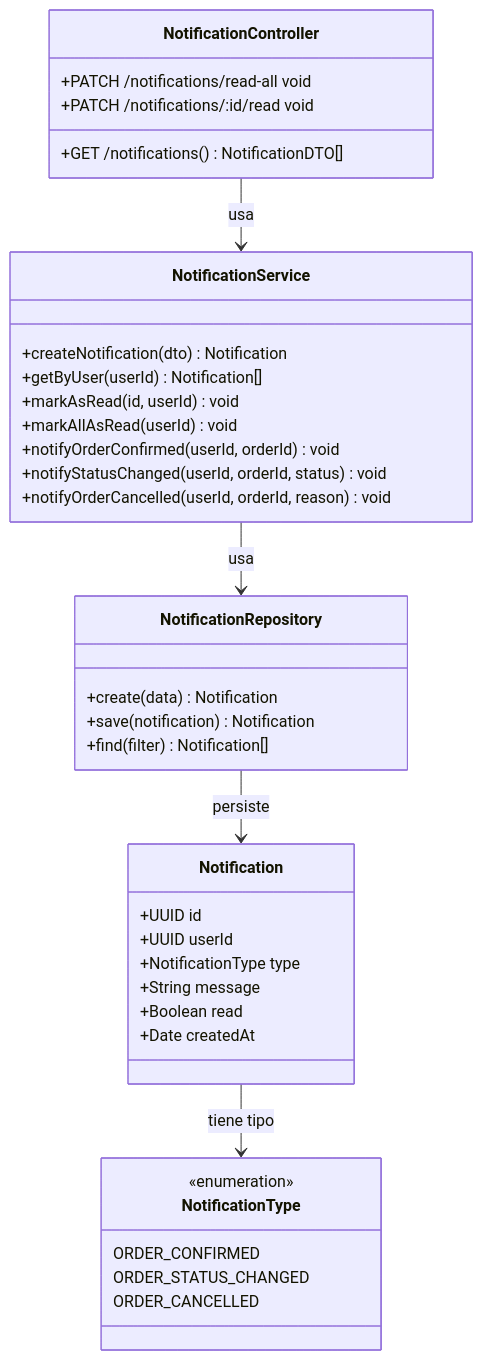
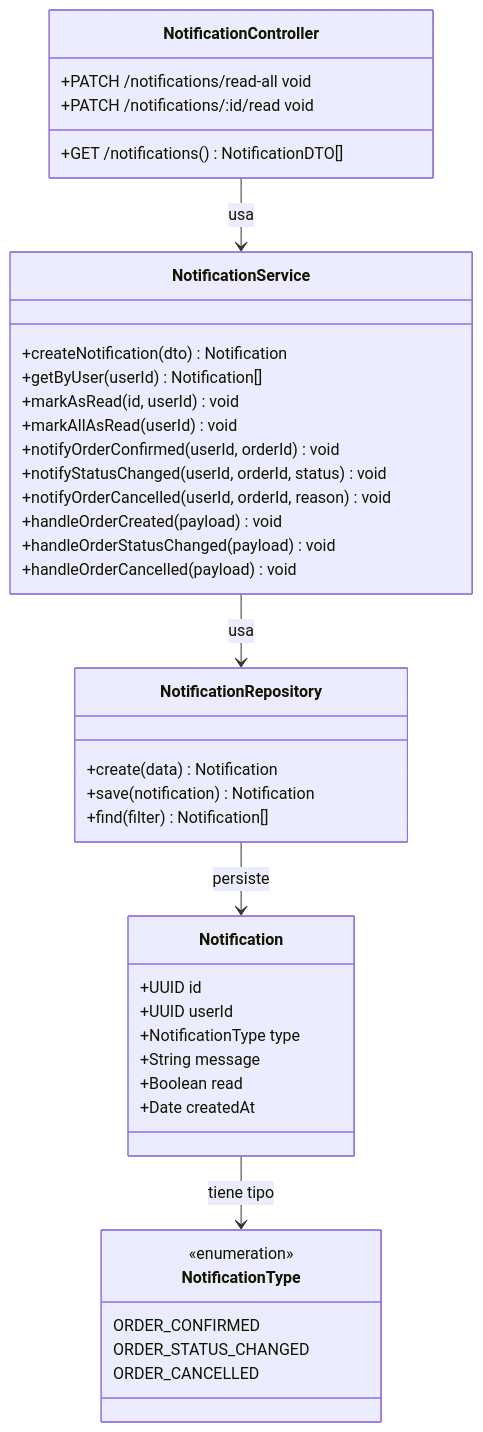
One commit to holyusm/INF-301-WWW changed the tenth of 12 diagrams in BackEnd-Arquitectura.md. Above: the diagram before and after it, drawn with Mermaid. The commit also changed other lines of this file and 8 other files, not shown here.

````diff
--- a/BackEnd-Arquitectura.md
+++ b/BackEnd-Arquitectura.md
@@ -693,45 +1160,48 @@
 ```mermaid
 classDiagram
     class NotificationController {
         +GET /notifications() NotificationDTO[]
         +PATCH /notifications/read-all void
         +PATCH /notifications/:id/read void
     }
 
     class NotificationService {
         +createNotification(dto) Notification
         +getByUser(userId) Notification[]
         +markAsRead(id, userId) void
         +markAllAsRead(userId) void
         +notifyOrderConfirmed(userId, orderId) void
         +notifyStatusChanged(userId, orderId, status) void
         +notifyOrderCancelled(userId, orderId, reason) void
+        +handleOrderCreated(payload) void
+        +handleOrderStatusChanged(payload) void
+        +handleOrderCancelled(payload) void
     }
 
     class NotificationRepository {
         +create(data) Notification
         +save(notification) Notification
         +find(filter) Notification[]
     }
 
     class Notification {
         +UUID id
         +UUID userId
         +NotificationType type
         +String message
         +Boolean read
         +Date createdAt
     }
 
     class NotificationType {
         <<enumeration>>
         ORDER_CONFIRMED
         ORDER_STATUS_CHANGED
         ORDER_CANCELLED
     }
 
     NotificationController --> NotificationService : usa
     NotificationService --> NotificationRepository : usa
     NotificationRepository --> Notification : persiste
     Notification --> NotificationType : tiene tipo
 ```
````
